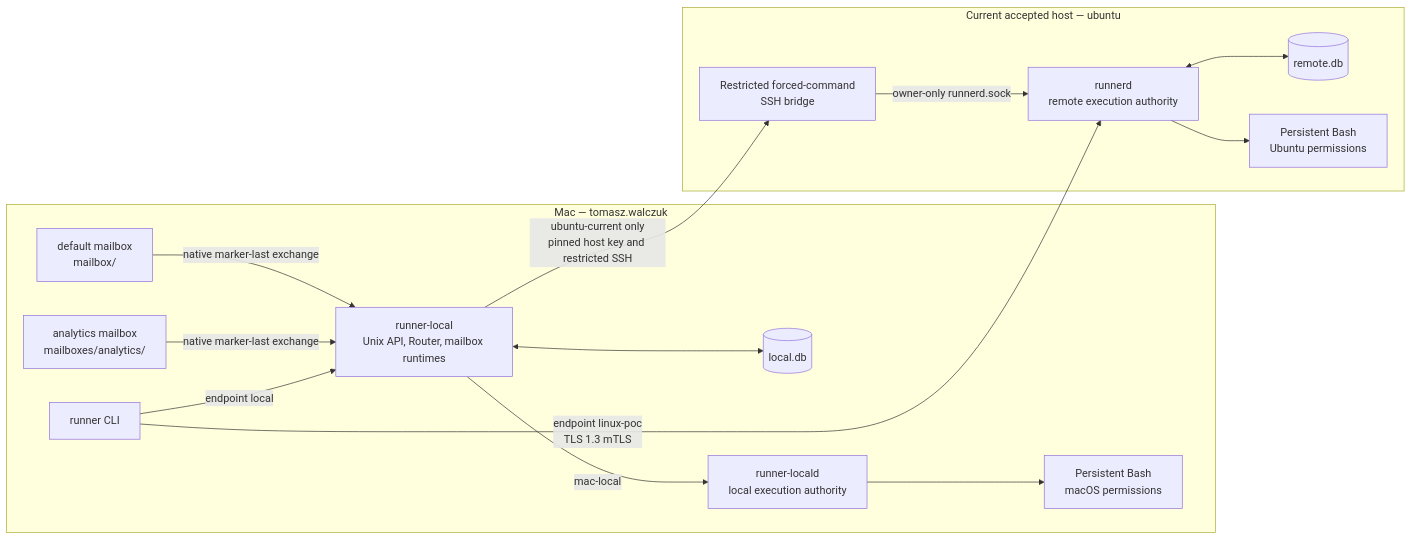
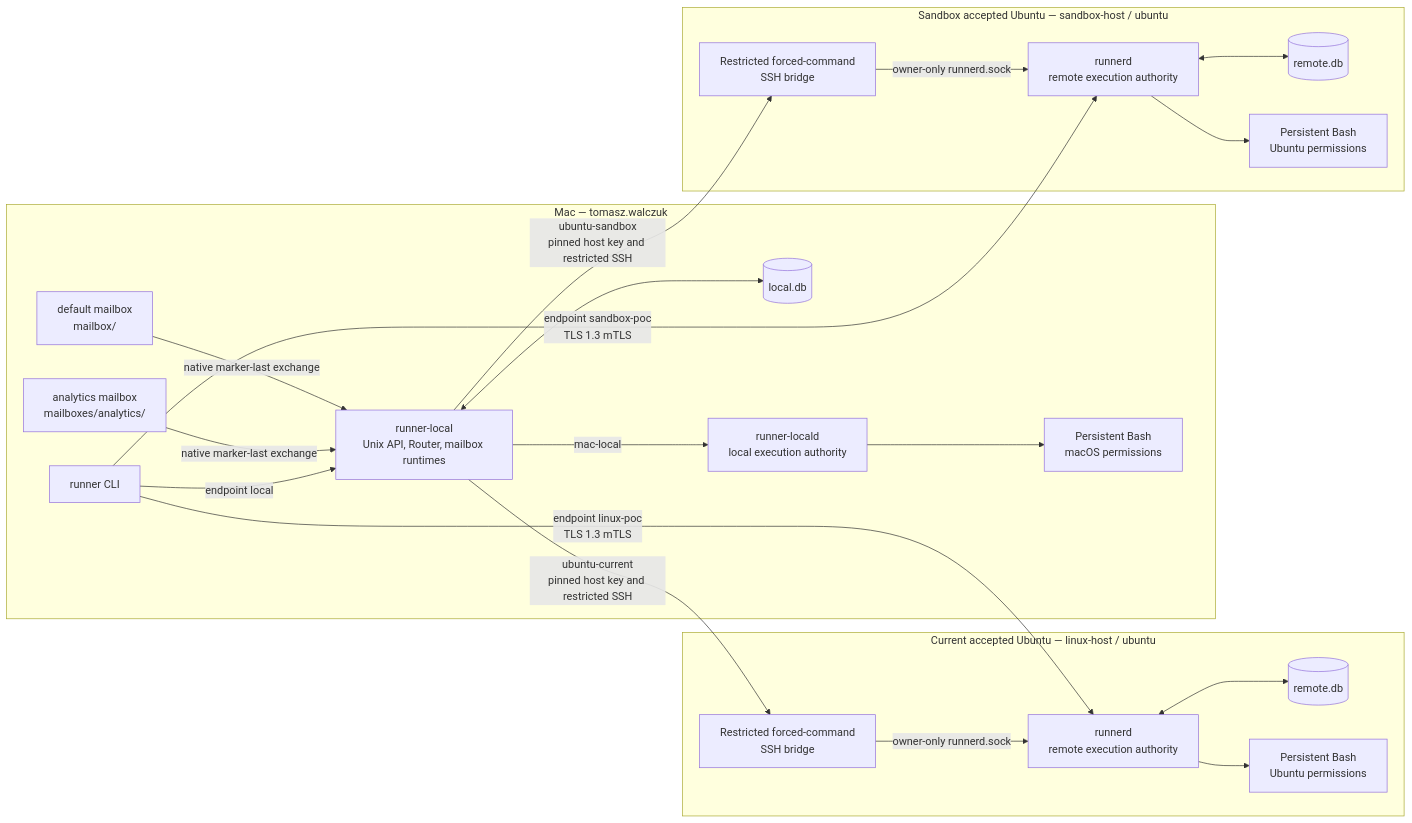
Before and after one commit to gavrilo123456/remote-session-runner: the first of 4 diagrams in docs/architecture.md, drawn with Mermaid. The commit also changed other lines of this file and 17 other files, not shown here.

Commit message:
docs(P157): close sandbox host acceptance

````diff
--- a/docs/architecture.md
+++ b/docs/architecture.md
@@ -24,32 +25,44 @@
 ```mermaid
 flowchart LR
   subgraph Mac[Mac — tomasz.walczuk]
     CLI[runner CLI]
     Default[default mailbox\nmailbox/]
     Analytics[analytics mailbox\nmailboxes/analytics/]
     Router[runner-local\nUnix API, Router, mailbox runtimes]
     LocalDB[(local.db)]
     LocalD[runner-locald\nlocal execution authority]
     MacBash[Persistent Bash\nmacOS permissions]
 
     Default -->|native marker-last exchange| Router
     Analytics -->|native marker-last exchange| Router
     CLI -->|endpoint local| Router
     Router <--> LocalDB
     Router -->|mac-local| LocalD
     LocalD --> MacBash
   end
 
-  subgraph Ubuntu[Current accepted host — ubuntu]
-    SSH[Restricted forced-command\nSSH bridge]
-    RunnerD[runnerd\nremote execution authority]
-    RemoteDB[(remote.db)]
-    LinuxBash[Persistent Bash\nUbuntu permissions]
-    SSH -->|owner-only runnerd.sock| RunnerD
-    RunnerD <--> RemoteDB
-    RunnerD --> LinuxBash
+  subgraph CurrentUbuntu[Current accepted Ubuntu — linux-host / ubuntu]
+    CurrentSSH[Restricted forced-command\nSSH bridge]
+    CurrentRunnerD[runnerd\nremote execution authority]
+    CurrentRemoteDB[(remote.db)]
+    CurrentLinuxBash[Persistent Bash\nUbuntu permissions]
+    CurrentSSH -->|owner-only runnerd.sock| CurrentRunnerD
+    CurrentRunnerD <--> CurrentRemoteDB
+    CurrentRunnerD --> CurrentLinuxBash
   end
 
-  Router -->|ubuntu-current only\npinned host key and restricted SSH| SSH
-  CLI -->|endpoint linux-poc\nTLS 1.3 mTLS| RunnerD
+  subgraph SandboxUbuntu[Sandbox accepted Ubuntu — sandbox-host / ubuntu]
+    SandboxSSH[Restricted forced-command\nSSH bridge]
+    SandboxRunnerD[runnerd\nremote execution authority]
+    SandboxRemoteDB[(remote.db)]
+    SandboxLinuxBash[Persistent Bash\nUbuntu permissions]
+    SandboxSSH -->|owner-only runnerd.sock| SandboxRunnerD
+    SandboxRunnerD <--> SandboxRemoteDB
+    SandboxRunnerD --> SandboxLinuxBash
+  end
+
+  Router -->|ubuntu-current\npinned host key and restricted SSH| CurrentSSH
+  Router -->|ubuntu-sandbox\npinned host key and restricted SSH| SandboxSSH
+  CLI -->|endpoint linux-poc\nTLS 1.3 mTLS| CurrentRunnerD
+  CLI -->|endpoint sandbox-poc\nTLS 1.3 mTLS| SandboxRunnerD
 ```
````
